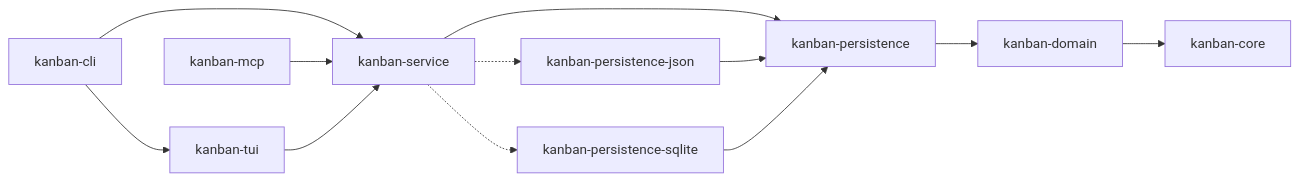
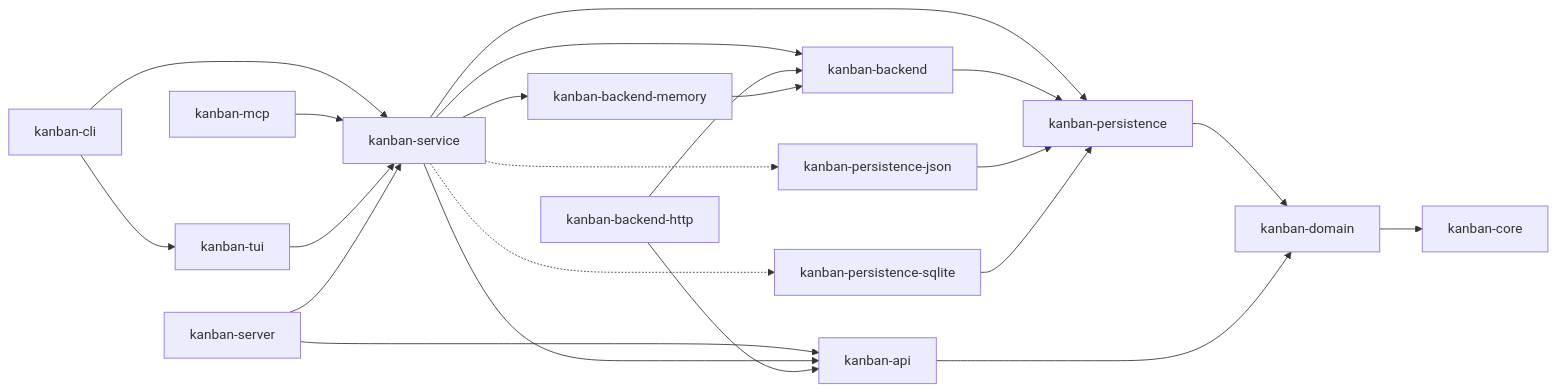
One commit to kanban-rs/kanban changed the diagram in CLAUDE.md. Above: the diagram before and after it, drawn with Mermaid. The commit also changed other lines of this file, not shown here.

Commit message:
docs: add the backend crates to the workspace tree and dependency graph

````diff
--- a/CLAUDE.md
+++ b/CLAUDE.md
@@ -46,14 +51,24 @@
 ```mermaid
 graph LR
     CLI[kanban-cli] --> TUI[kanban-tui]
     CLI --> SVC[kanban-service]
     MCP[kanban-mcp] --> SVC
     TUI --> SVC
+    SRV[kanban-server] --> SVC
+    SRV --> API[kanban-api]
     SVC --> PER[kanban-persistence]
+    SVC --> BE[kanban-backend]
+    SVC --> MEM[kanban-backend-memory]
+    SVC --> API
     SVC -.-> JSON[kanban-persistence-json]
     SVC -.-> SQL[kanban-persistence-sqlite]
+    HTTP[kanban-backend-http] --> BE
+    HTTP --> API
+    MEM --> BE
+    BE --> PER
     JSON --> PER
     SQL --> PER
     PER --> DOM[kanban-domain]
+    API --> DOM
     DOM --> CORE[kanban-core]
 ```
````
